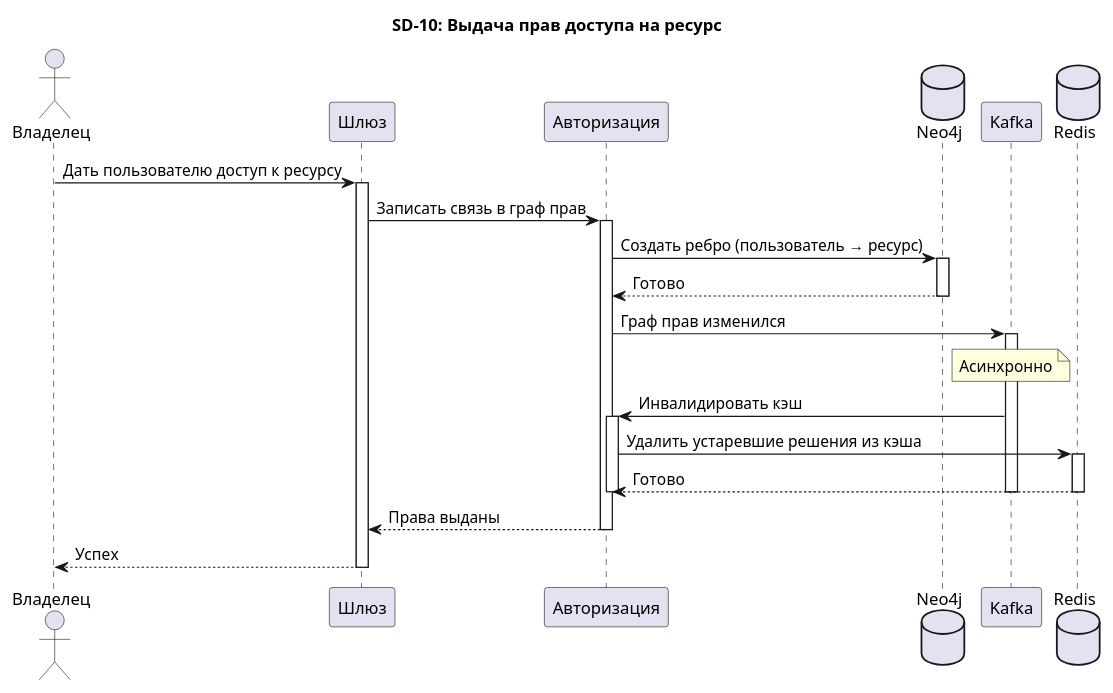
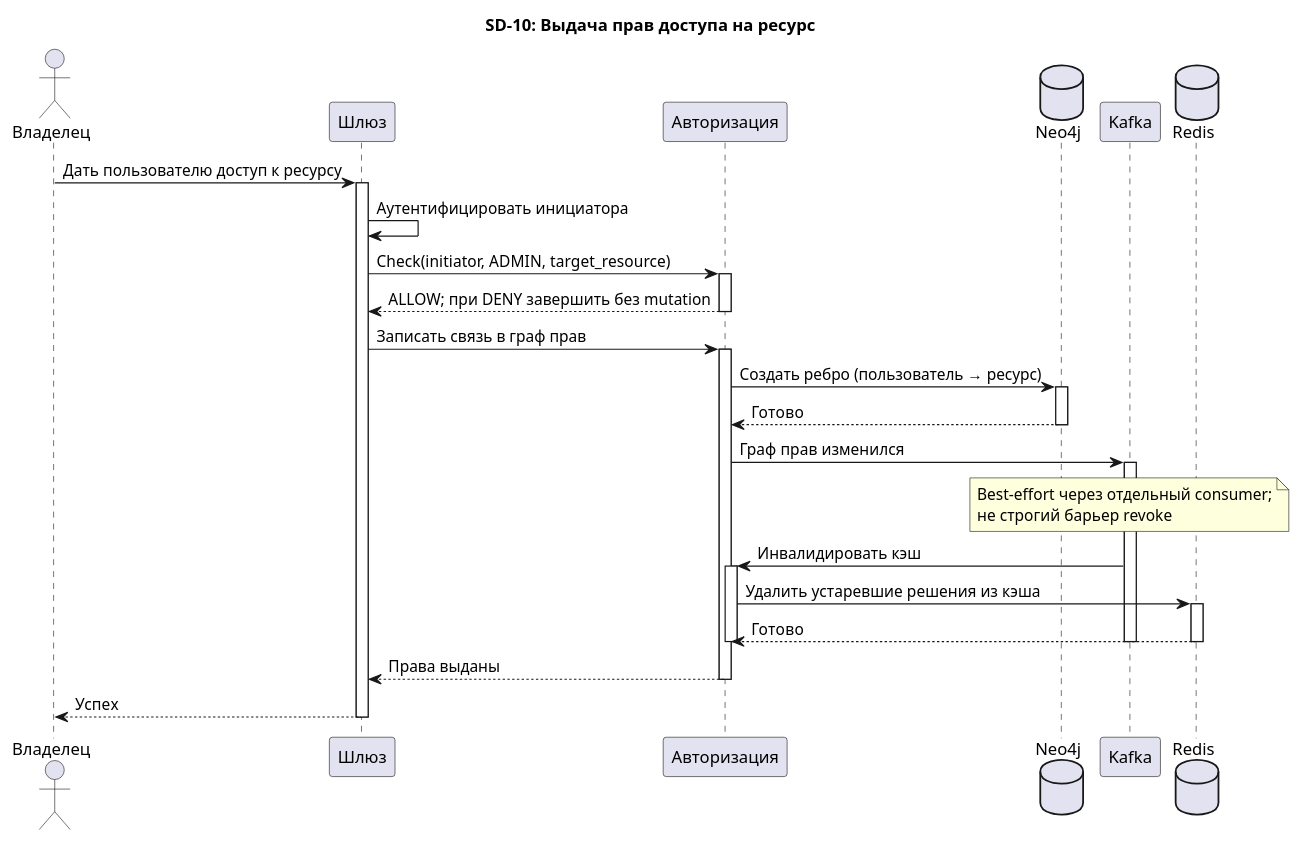
One commit to alesplll/opens3-rebac changed the tenth of 16 diagrams in docs/sequence_diagrams.md. Above: the diagram before and after it, drawn with PlantUML. The commit also changed other lines of this file and 21 other files, not shown here.

````diff
--- a/docs/sequence_diagrams.md
+++ b/docs/sequence_diagrams.md
@@ -423,43 +423,49 @@
 ```plantuml
 @startuml SD-10-GrantAccess
 title SD-10: Выдача прав доступа на ресурс
 
 actor       "Владелец" as Admin
 participant "Шлюз"     as GW
 participant "Авторизация" as AZ
 database    "Neo4j"    as N4
 participant "Kafka"    as KF
 database    "Redis"    as RD
 
 Admin -> GW : Дать пользователю доступ к ресурсу
 activate GW
 
+GW -> GW : Аутентифицировать инициатора
+GW -> AZ : Check(initiator, ADMIN, target_resource)
+activate AZ
+AZ --> GW : ALLOW; при DENY завершить без mutation
+deactivate AZ
+
 GW -> AZ : Записать связь в граф прав
 activate AZ
 
 AZ -> N4 : Создать ребро (пользователь → ресурс)
 activate N4
 N4 --> AZ : Готово
 deactivate N4
 
 AZ -> KF : Граф прав изменился
 activate KF
 
-note over KF : Асинхронно
+note over KF : Best-effort через отдельный consumer;\nне строгий барьер revoke
 KF -> AZ : Инвалидировать кэш
 activate AZ
 AZ -> RD : Удалить устаревшие решения из кэша
 activate RD
 RD --> AZ : Готово
 deactivate RD
 deactivate AZ
 deactivate KF
 
 AZ --> GW : Права выданы
 deactivate AZ
 
 GW --> Admin : Успех
 deactivate GW
 
 @enduml
 ```
````
